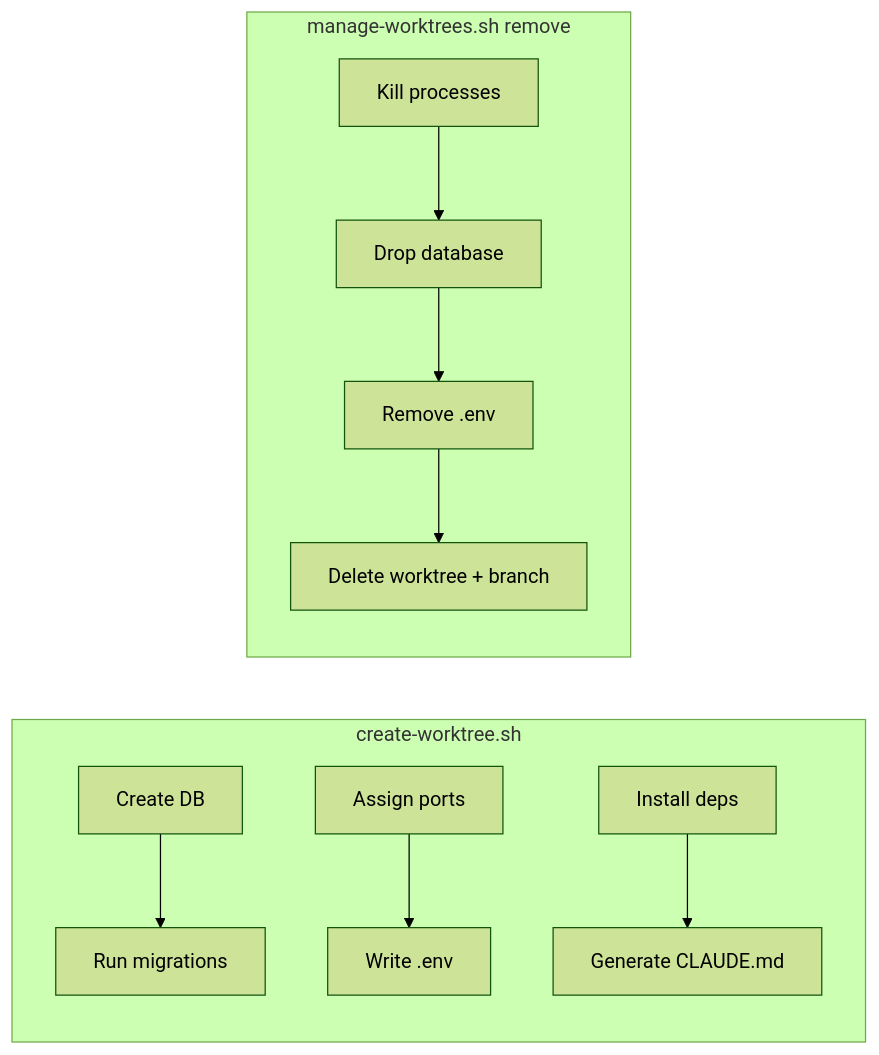
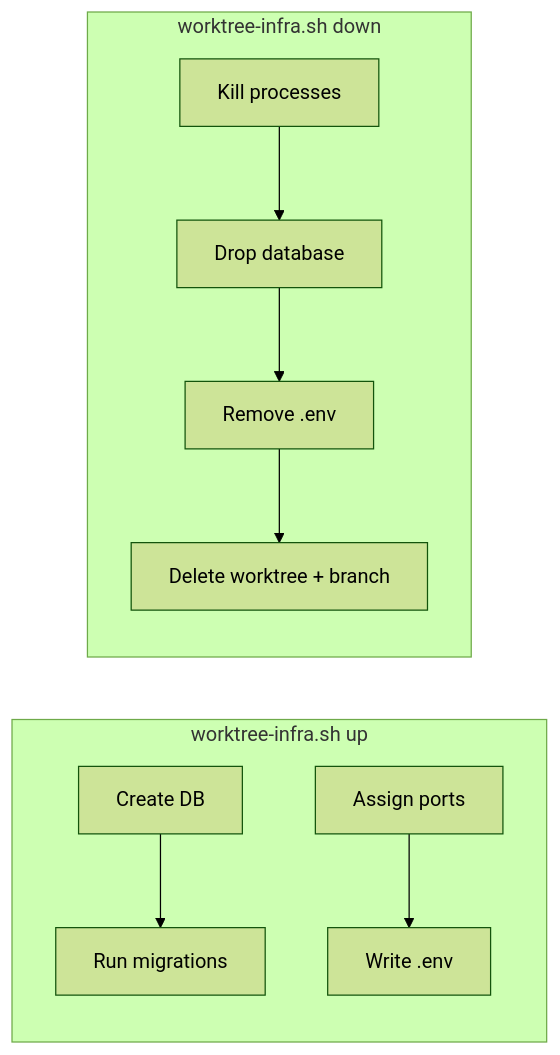
One commit to sachinkundu/cloglog changed diagram 11 of 12 in docs/design.md. Above: the diagram before and after it, drawn with Mermaid (forest theme). The commit also changed other lines of this file, not shown here.

````diff
--- a/docs/design.md
+++ b/docs/design.md
@@ -633,16 +605,15 @@
 ```mermaid
 graph LR
-    subgraph Setup["create-worktree.sh"]
+    subgraph Setup["worktree-infra.sh up"]
         S1[Create DB] --> S2[Run migrations]
         S3[Assign ports] --> S4[Write .env]
-        S5[Install deps] --> S6[Generate CLAUDE.md]
     end
 
-    subgraph Teardown["manage-worktrees.sh remove"]
+    subgraph Teardown["worktree-infra.sh down"]
         T1[Kill processes]
         T2[Drop database]
         T3[Remove .env]
         T4[Delete worktree + branch]
         T1 --> T2 --> T3 --> T4
     end
 ```
````
